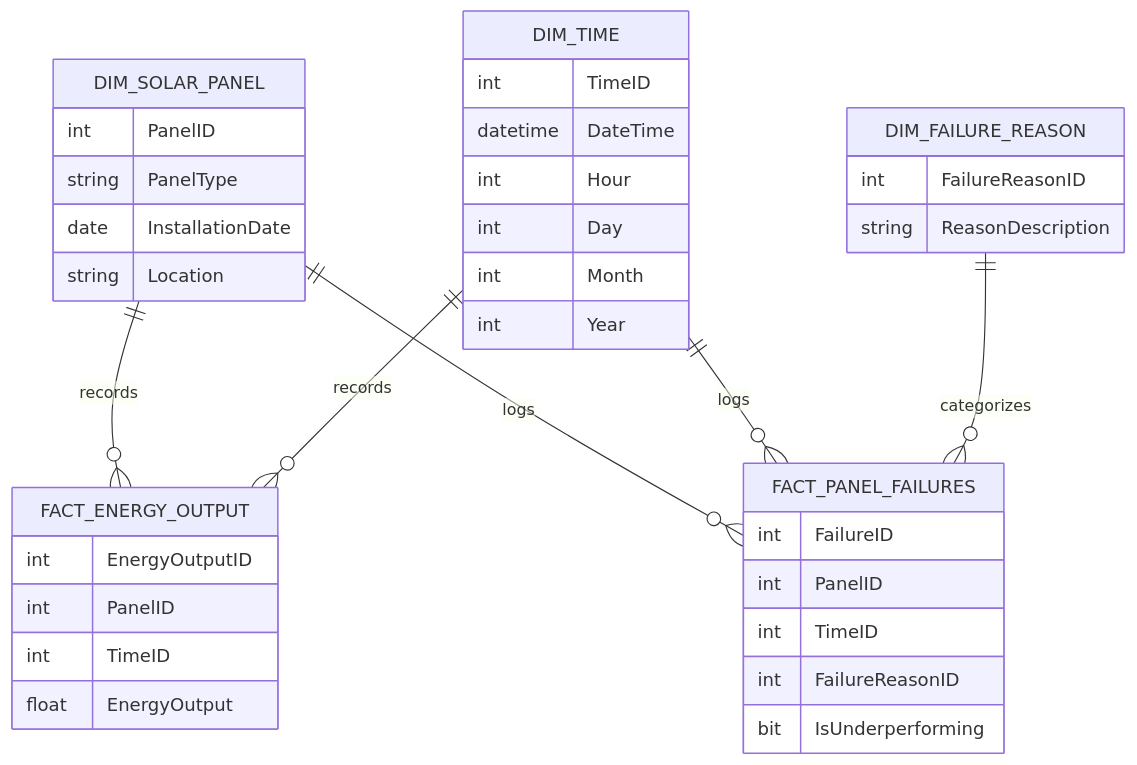
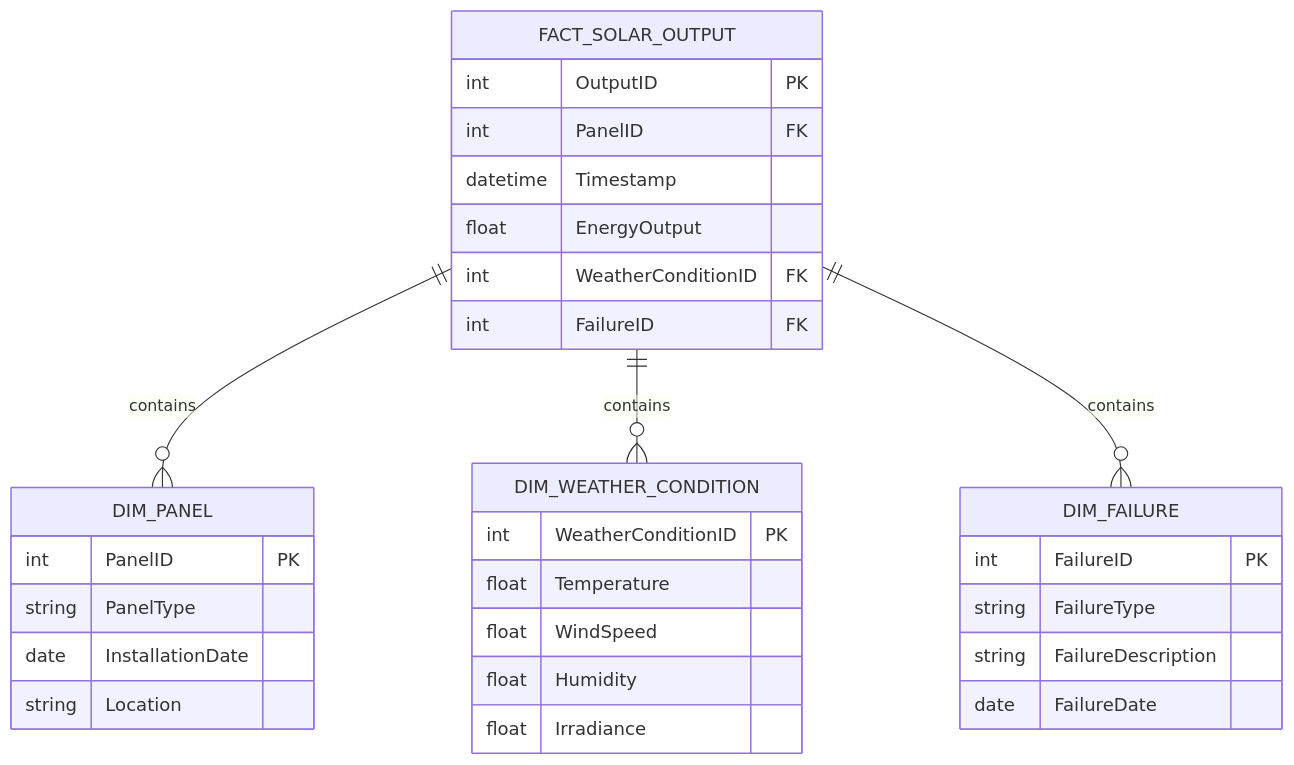
Before and after one commit to selin-k/bi_report_project: the diagram in docs/data_model.md, drawn with Mermaid. The commit also changed other lines of this file and 14 other files, not shown here.

````diff
--- a/docs/data_model.md
+++ b/docs/data_model.md
@@ -25,39 +24,33 @@
 ```mermaid
 erDiagram
-    DIM_SOLAR_PANEL ||--o{ FACT_ENERGY_OUTPUT : records
-    DIM_SOLAR_PANEL ||--o{ FACT_PANEL_FAILURES : logs
-    DIM_TIME ||--o{ FACT_ENERGY_OUTPUT : records
-    DIM_TIME ||--o{ FACT_PANEL_FAILURES : logs
-    DIM_FAILURE_REASON ||--o{ FACT_PANEL_FAILURES : categorizes
-    DIM_SOLAR_PANEL {
-        int PanelID
+    FACT_SOLAR_OUTPUT ||--o{ DIM_PANEL : contains
+    FACT_SOLAR_OUTPUT ||--o{ DIM_WEATHER_CONDITION : contains
+    FACT_SOLAR_OUTPUT ||--o{ DIM_FAILURE : contains
+    DIM_PANEL {
+        int PanelID PK
         string PanelType
         date InstallationDate
         string Location
     }
-    FACT_ENERGY_OUTPUT {
-        int EnergyOutputID
-        int PanelID
-        int TimeID
+    DIM_WEATHER_CONDITION {
+        int WeatherConditionID PK
+        float Temperature
+        float WindSpeed
+        float Humidity
+        float Irradiance
+    }
+    DIM_FAILURE {
+        int FailureID PK
+        string FailureType
+        string FailureDescription
+        date FailureDate
+    }
+    FACT_SOLAR_OUTPUT {
+        int OutputID PK
+        int PanelID FK
+        datetime Timestamp
         float EnergyOutput
-    }
-    FACT_PANEL_FAILURES {
-        int FailureID
-        int PanelID
-        int TimeID
-        int FailureReasonID
-        bit IsUnderperforming
-    }
-    DIM_TIME {
-        int TimeID
-        datetime DateTime
-        int Hour
-        int Day
-        int Month
-        int Year
-    }
-    DIM_FAILURE_REASON {
-        int FailureReasonID
-        string ReasonDescription
+        int WeatherConditionID FK
+        int FailureID FK
     }
 ```
````
